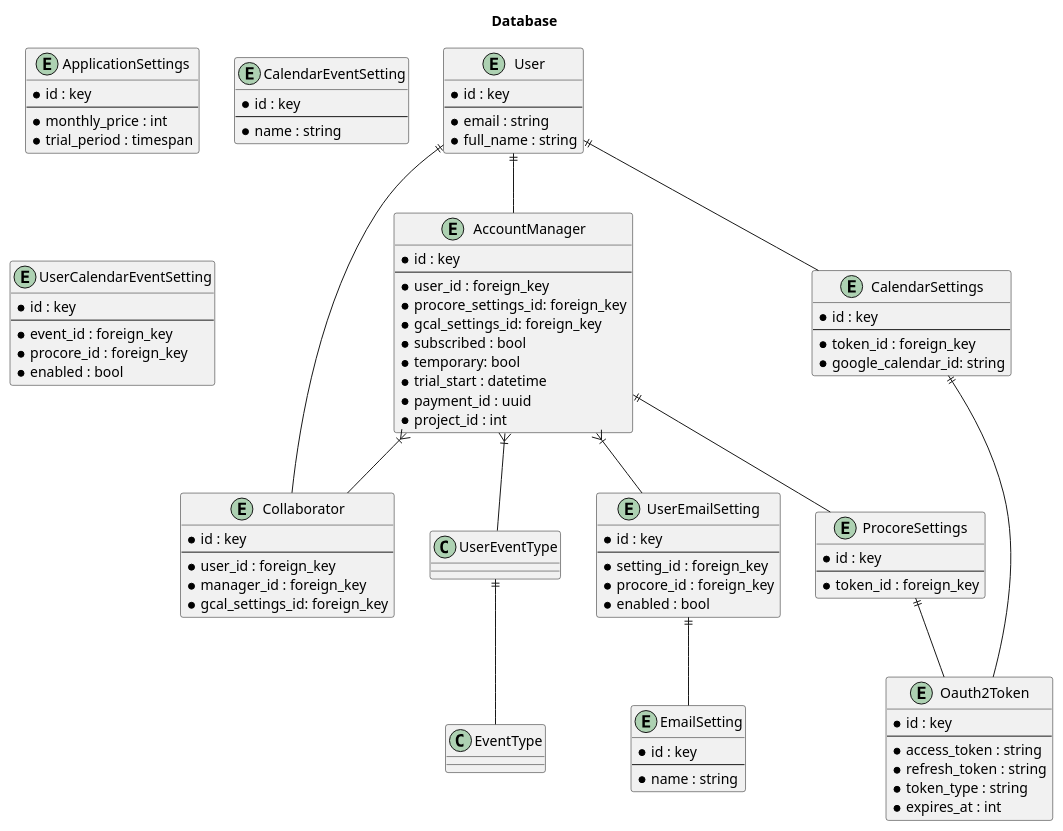
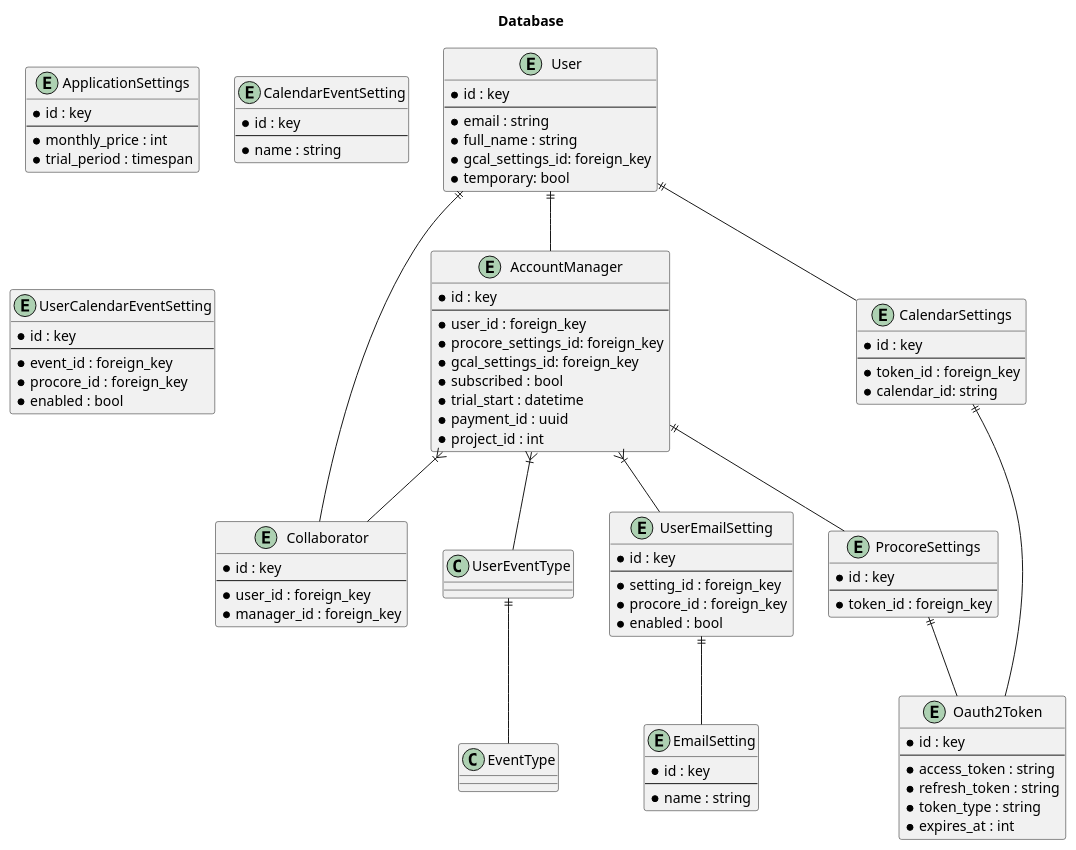
The diagram in diagrams/database.wsd (adhurjaty/procore-gcal), drawn with PlantUML before and after one commit. The commit also changed 1 other file, not shown here.

```diff
--- a/diagrams/database.wsd
+++ b/diagrams/database.wsd
@@ -1,101 +1,101 @@
 @startuml
 title Database
 
 entity User {
     * id : key
     ---
     * email : string
     * full_name : string
+    * gcal_settings_id: foreign_key
+    * temporary: bool
 }
 
 entity Oauth2Token {
     * id : key
     ---
     * access_token : string
     * refresh_token : string
     * token_type : string
     * expires_at : int
 }
 
 entity AccountManager {
     * id : key
     ---
     * user_id : foreign_key
     * procore_settings_id: foreign_key
     * gcal_settings_id: foreign_key
     * subscribed : bool
-    * temporary: bool
     * trial_start : datetime
     * payment_id : uuid
     * project_id : int
 }
 
 entity Collaborator {
     * id : key
     ---
     * user_id : foreign_key
     * manager_id : foreign_key
-    * gcal_settings_id: foreign_key
 }
 
 entity ProcoreSettings {
     * id : key
     ---
     * token_id : foreign_key
 }
 
 entity CalendarSettings {
     * id : key
     ---
     * token_id : foreign_key
-    * google_calendar_id: string
+    * calendar_id: string
 }
 
 entity ApplicationSettings {
     * id : key
     ---
     * monthly_price : int
     * trial_period : timespan
 }
 
 entity EmailSetting {
     * id : key
     ---
     * name : string
 }
 
 entity CalendarEventSetting {
     * id : key
     ---
     * name : string
 }
 
 entity UserEmailSetting {
     * id : key
     ---
     * setting_id : foreign_key
     * procore_id : foreign_key
     * enabled : bool
 }
 
 entity UserCalendarEventSetting {
     * id : key
     ---
     * event_id : foreign_key
     * procore_id : foreign_key
     * enabled : bool
 }
 
 AccountManager ||-- ProcoreSettings
 User ||-- AccountManager
 User ||-- CalendarSettings
 User ||-- Collaborator
 AccountManager }|-- Collaborator
 ProcoreSettings ||-- Oauth2Token
 CalendarSettings ||-- Oauth2Token
 AccountManager }|-- UserEmailSetting
 AccountManager }|-- UserEventType
 UserEventType ||-- EventType
 UserEmailSetting ||-- EmailSetting
 
 @enduml
```
